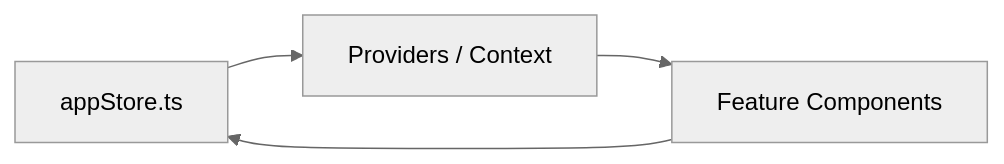
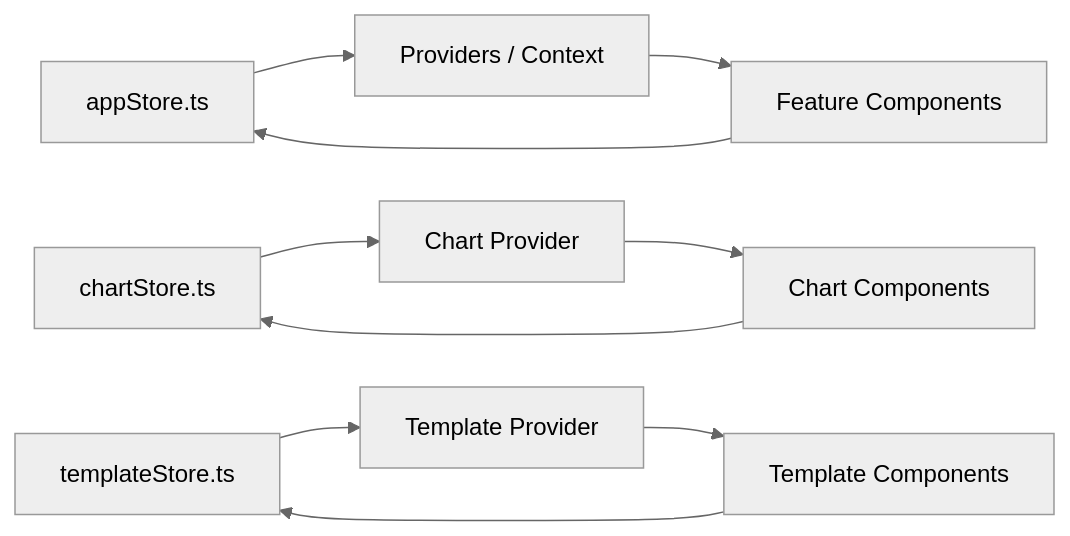
The tenth of 11 diagrams in .qoder/repowiki/en/content/System Architecture/Frontend Architecture/Component Architecture/Component Architecture.md (franckylab/eLISAschool), drawn with Mermaid (neutral theme) before and after one commit. The commit also changed other lines of this file and 35 other files, not shown here.

First line of the commit message:
refactor(configuration): redistribuer la gestion de la configuration vers architecture distribuée

````diff
--- a/.qoder/repowiki/en/content/System Architecture/Frontend Architecture/Component Architecture/Component Architecture.md
+++ b/.qoder/repowiki/en/content/System Architecture/Frontend Architecture/Component Architecture/Component Architecture.md
@@ -254,6 +628,12 @@
 ```mermaid
 graph LR
 Store["appStore.ts"] --> Provider["Providers / Context"]
+ChartStore["chartStore.ts"] --> ChartProvider["Chart Provider"]
+TemplateStore["templateStore.ts"] --> TemplateProvider["Template Provider"]
 Provider --> Components["Feature Components"]
+ChartProvider --> ChartComponents["Chart Components"]
+TemplateProvider --> TemplateComponents["Template Components"]
 Components --> Store
+ChartComponents --> ChartStore
+TemplateComponents --> TemplateStore
 ```
````
